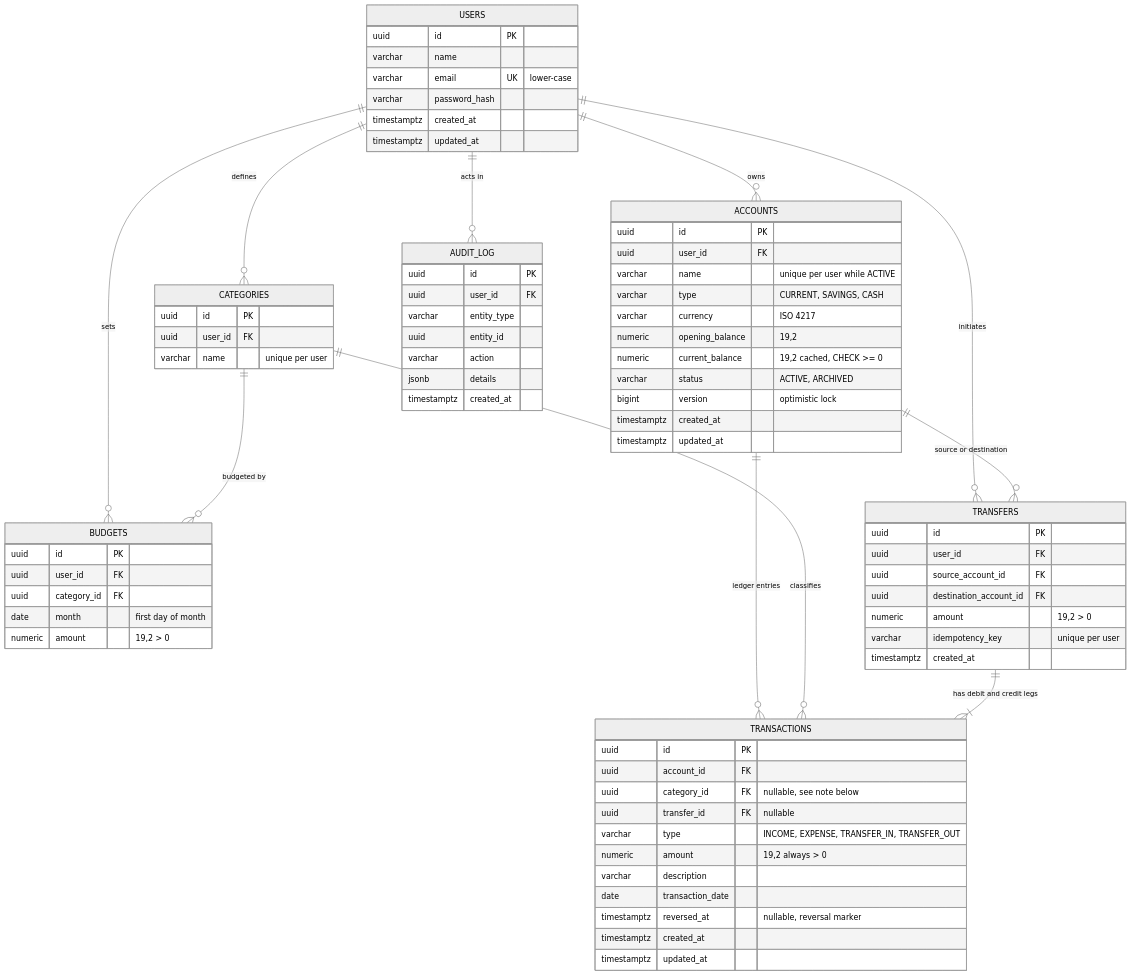
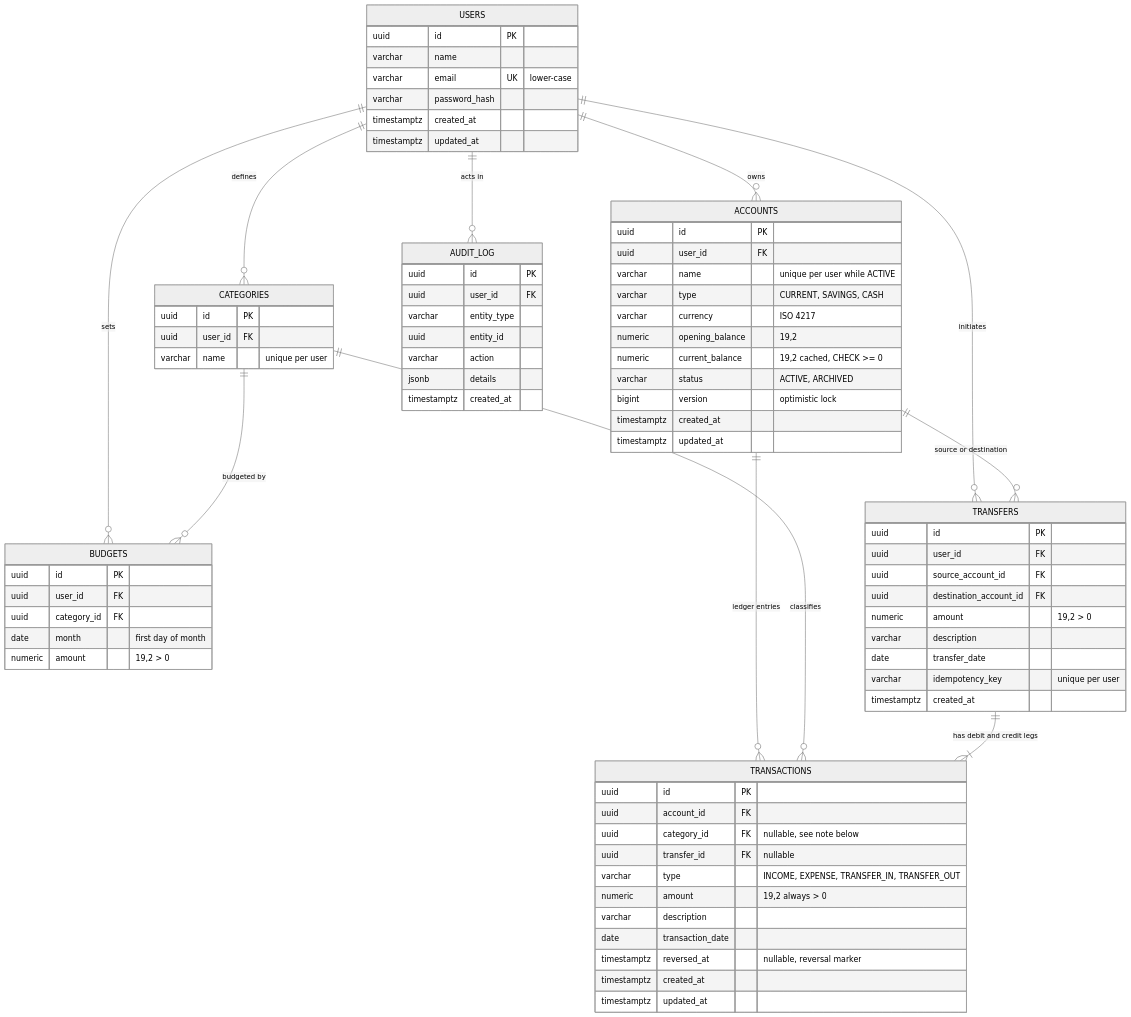
One commit to TanviC1314/fintrack-personal-finance-system changed the diagram in docs/DATABASE_DESIGN.md. Above: the diagram before and after it, drawn with Mermaid (neutral theme). The commit also changed other lines of this file and 4 other files, not shown here.

````diff
--- a/docs/DATABASE_DESIGN.md
+++ b/docs/DATABASE_DESIGN.md
@@ -10,78 +10,80 @@
 ```mermaid
 erDiagram
     USERS ||--o{ ACCOUNTS : owns
     USERS ||--o{ CATEGORIES : defines
     USERS ||--o{ BUDGETS : sets
     USERS ||--o{ TRANSFERS : initiates
     USERS ||--o{ AUDIT_LOG : "acts in"
     ACCOUNTS ||--o{ TRANSACTIONS : "ledger entries"
     CATEGORIES ||--o{ TRANSACTIONS : classifies
     CATEGORIES ||--o{ BUDGETS : "budgeted by"
     TRANSFERS ||--|{ TRANSACTIONS : "has debit and credit legs"
     ACCOUNTS ||--o{ TRANSFERS : "source or destination"
 
     USERS {
         uuid id PK
         varchar name
         varchar email UK "lower-case"
         varchar password_hash
         timestamptz created_at
         timestamptz updated_at
     }
     ACCOUNTS {
         uuid id PK
         uuid user_id FK
         varchar name "unique per user while ACTIVE"
         varchar type "CURRENT, SAVINGS, CASH"
         varchar currency "ISO 4217"
         numeric opening_balance "19,2"
         numeric current_balance "19,2 cached, CHECK >= 0"
         varchar status "ACTIVE, ARCHIVED"
         bigint version "optimistic lock"
         timestamptz created_at
         timestamptz updated_at
     }
     TRANSACTIONS {
         uuid id PK
         uuid account_id FK
         uuid category_id FK "nullable, see note below"
         uuid transfer_id FK "nullable"
         varchar type "INCOME, EXPENSE, TRANSFER_IN, TRANSFER_OUT"
         numeric amount "19,2 always > 0"
         varchar description
         date transaction_date
         timestamptz reversed_at "nullable, reversal marker"
         timestamptz created_at
         timestamptz updated_at
     }
     TRANSFERS {
         uuid id PK
         uuid user_id FK
         uuid source_account_id FK
         uuid destination_account_id FK
         numeric amount "19,2 > 0"
+        varchar description
+        date transfer_date
         varchar idempotency_key "unique per user"
         timestamptz created_at
     }
     CATEGORIES {
         uuid id PK
         uuid user_id FK
         varchar name "unique per user"
     }
     BUDGETS {
         uuid id PK
         uuid user_id FK
         uuid category_id FK
         date month "first day of month"
         numeric amount "19,2 > 0"
     }
     AUDIT_LOG {
         uuid id PK
         uuid user_id FK
         varchar entity_type
         uuid entity_id
         varchar action
         jsonb details
         timestamptz created_at
     }
 ```
````
